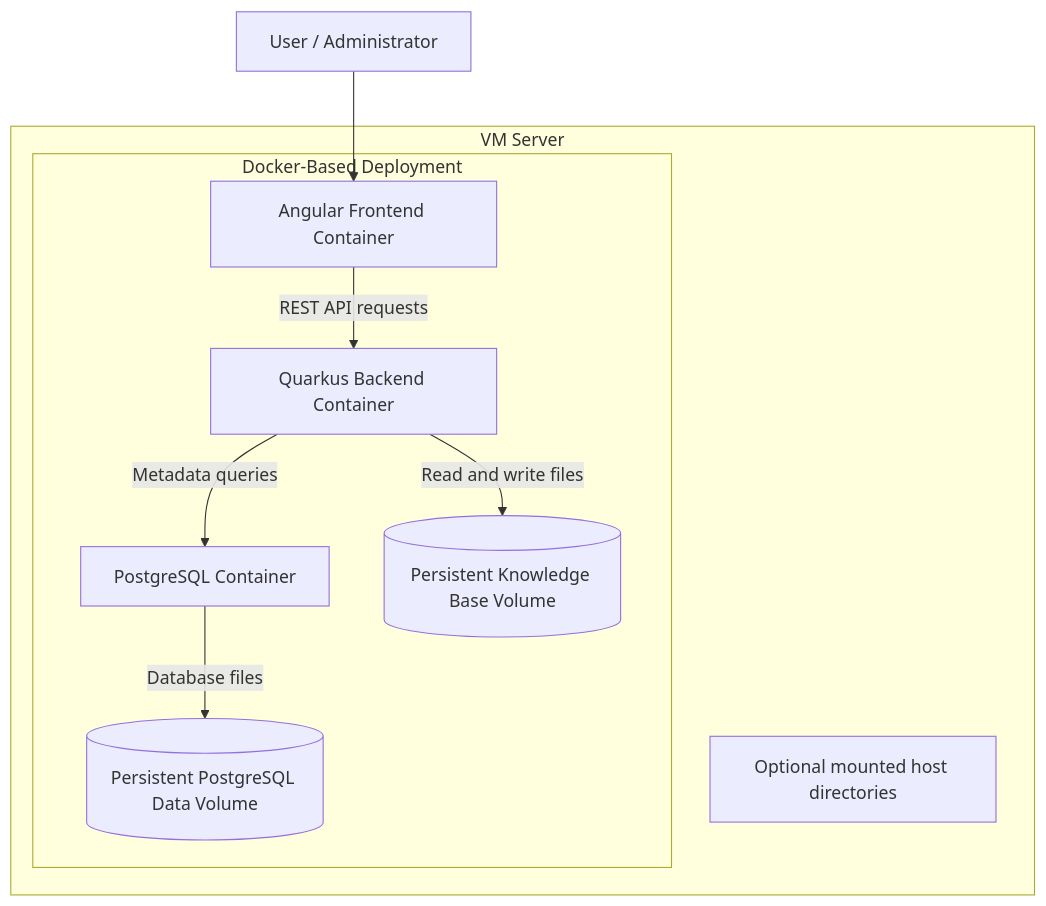
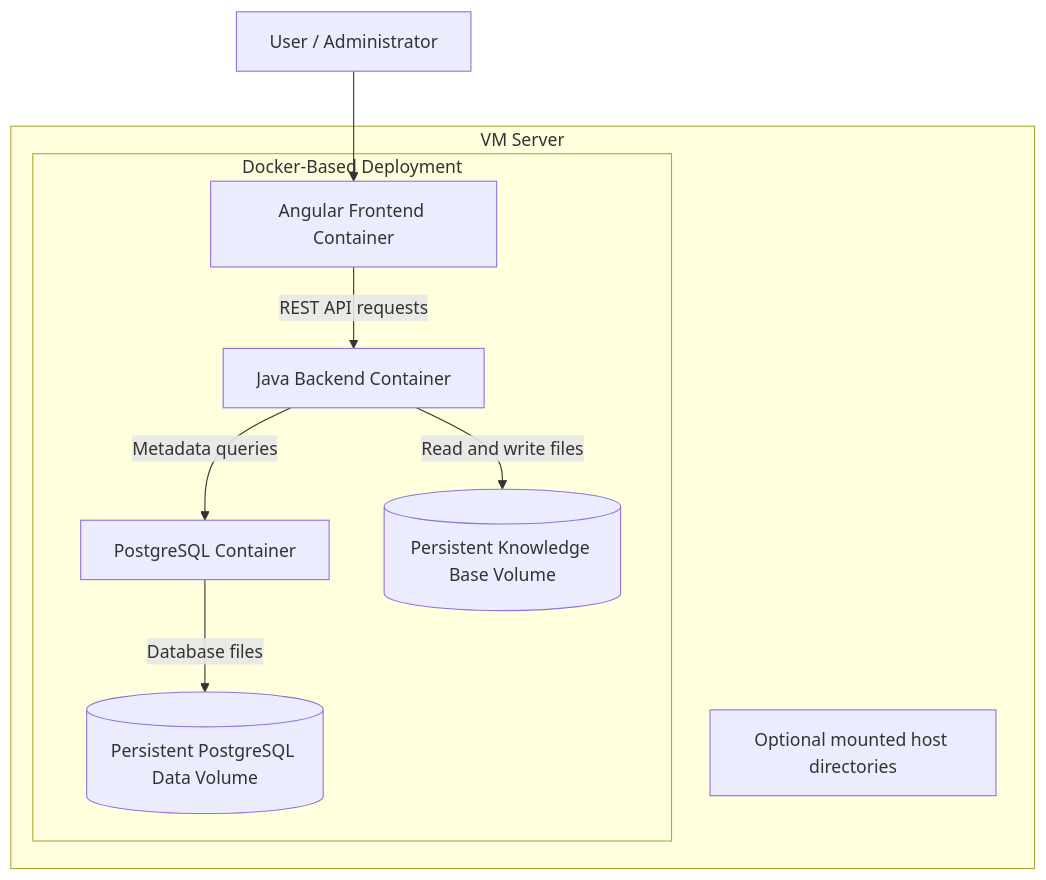
Before and after one commit to nic0michael/TOGAFmate: the diagram in README.md, drawn with Mermaid. The commit also changed other lines of this file, not shown here.

Commit message:
Update backend references from Quarkus to Java

````diff
--- a/README.md
+++ b/README.md
@@ -176,24 +175,24 @@
 ```mermaid
 flowchart TB
     User["User / Administrator"]
 
     subgraph VM["VM Server"]
         subgraph Docker["Docker-Based Deployment"]
             Frontend["Angular Frontend Container"]
-            Backend["Quarkus Backend Container"]
+            Backend["Java Backend Container"]
             Database["PostgreSQL Container"]
 
             KBVolume[("Persistent Knowledge Base Volume")]
             DBVolume[("Persistent PostgreSQL Data Volume")]
 
             Frontend -->|"REST API requests"| Backend
             Backend -->|"Metadata queries"| Database
             Backend -->|"Read and write files"| KBVolume
             Database -->|"Database files"| DBVolume
         end
 
         HostStorage["Optional mounted host directories"]
     end
 
     User --> Frontend
 ```
````
